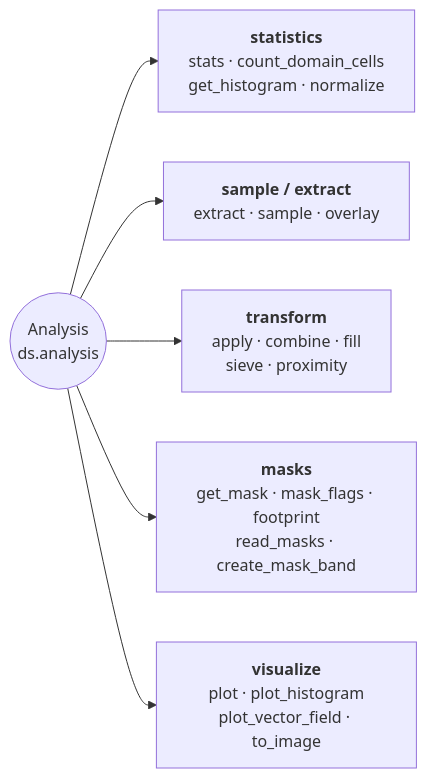
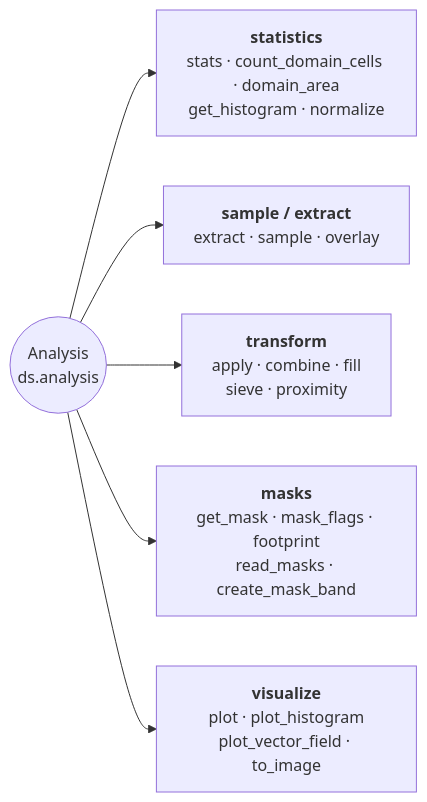
Before and after one commit to serapeum-org/pyramids: the diagram in docs/reference/dataset/analysis.md, drawn with Mermaid. The commit also changed 9 other files, not shown here.

````diff
--- a/docs/reference/dataset/analysis.md
+++ b/docs/reference/dataset/analysis.md
@@ -5,9 +5,9 @@
 ```mermaid
 flowchart LR
     AN(("Analysis<br/>ds.analysis"))
-    AN --> S["<b>statistics</b><br/>stats · count_domain_cells<br/>get_histogram · normalize"]
+    AN --> S["<b>statistics</b><br/>stats · count_domain_cells · domain_area<br/>get_histogram · normalize"]
     AN --> E["<b>sample / extract</b><br/>extract · sample · overlay"]
     AN --> T["<b>transform</b><br/>apply · combine · fill<br/>sieve · proximity"]
     AN --> M["<b>masks</b><br/>get_mask · mask_flags · footprint<br/>read_masks · create_mask_band"]
     AN --> V["<b>visualize</b><br/>plot · plot_histogram<br/>plot_vector_field · to_image"]
 ```
````
